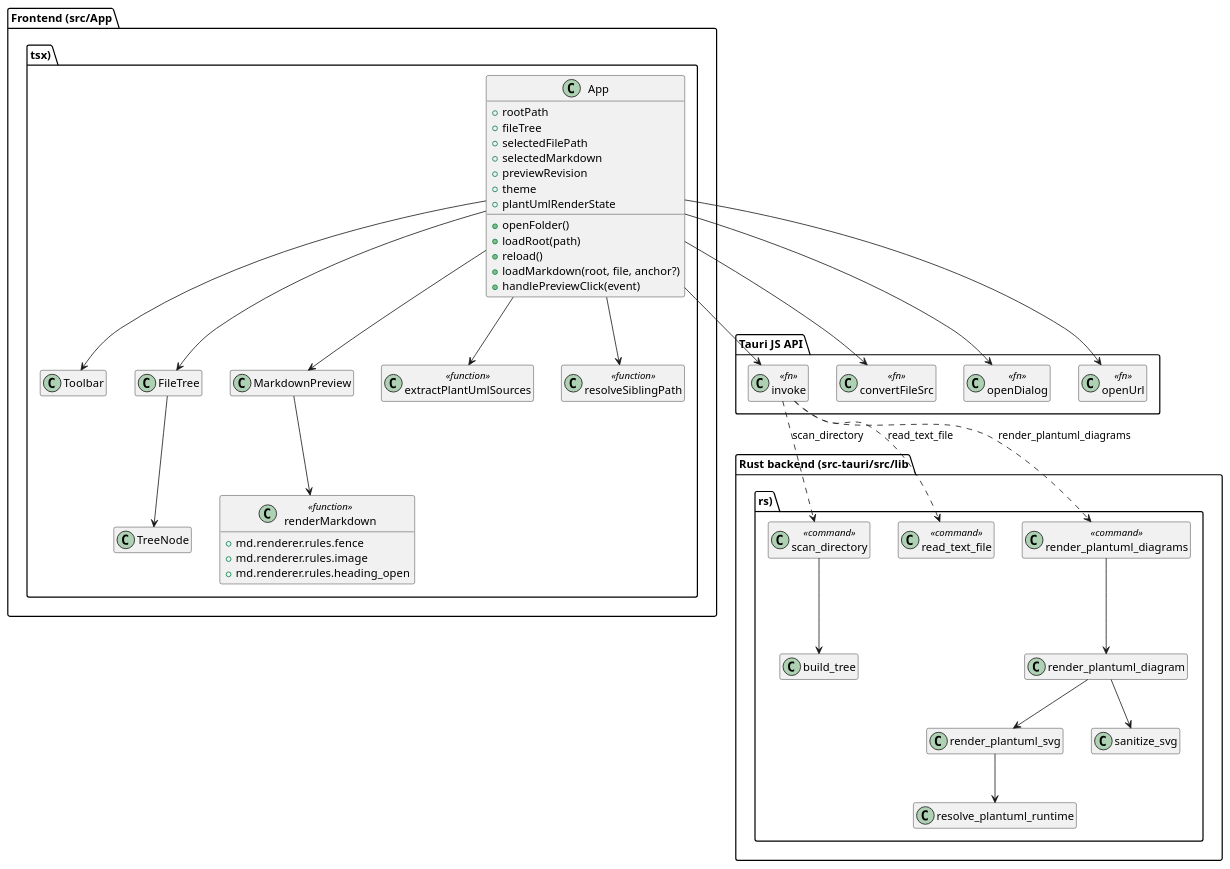
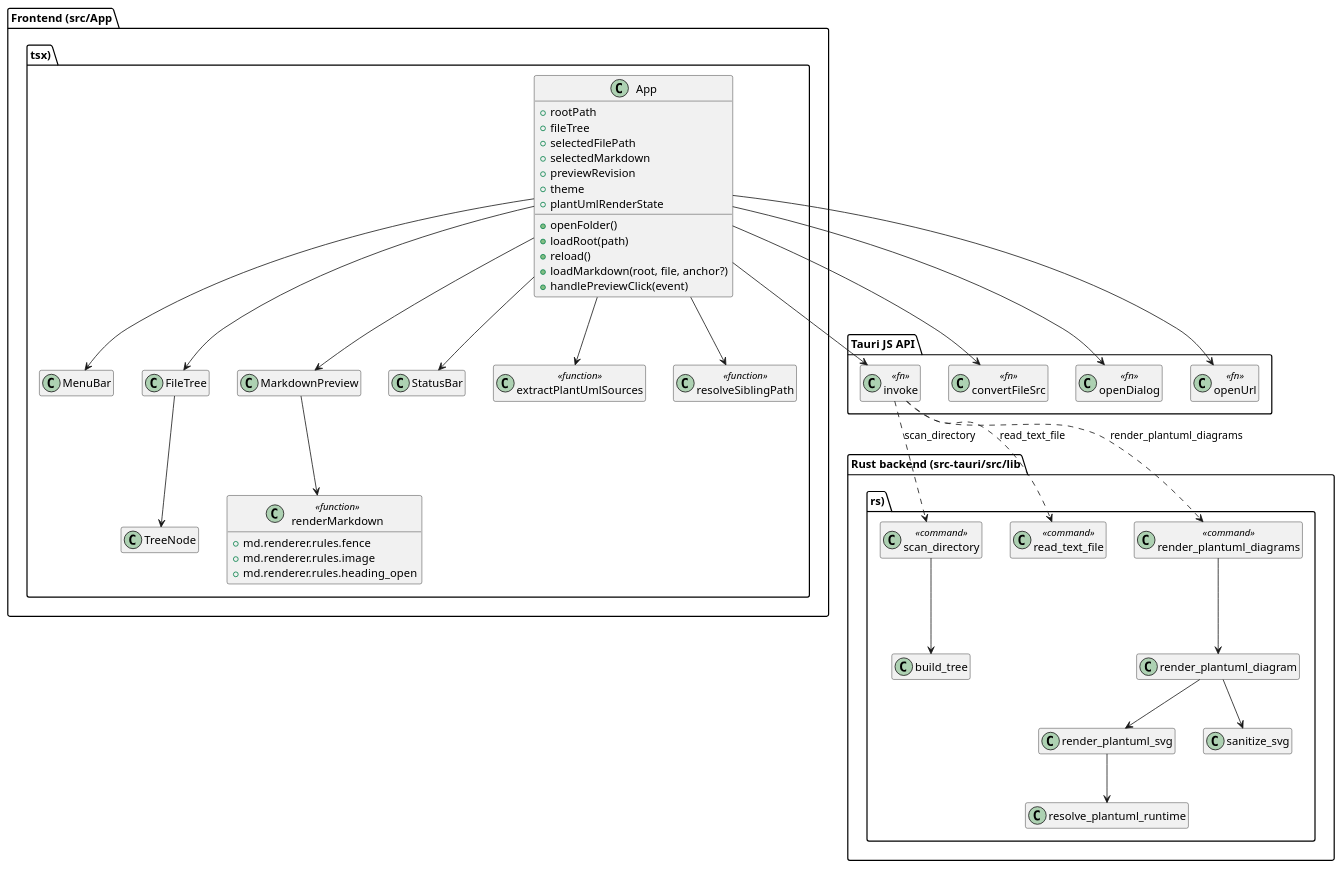
The first of 5 diagrams in docs/components/tauri_viewer/detail_design.md (an-embedded-engineer/MarkdownViewer), drawn with PlantUML before and after one commit. The commit also changed other lines of this file and 7 other files, not shown here.

Commit message:
feat: add Tauri menu bar and status bar

````diff
--- a/docs/components/tauri_viewer/detail_design.md
+++ b/docs/components/tauri_viewer/detail_design.md
@@ -25,72 +25,74 @@
 ```plantuml
 @startuml
 skinparam shadowing false
 hide empty members
 
 package "Frontend (src/App.tsx)" {
   class App {
     +rootPath
     +fileTree
     +selectedFilePath
     +selectedMarkdown
     +previewRevision
     +theme
     +plantUmlRenderState
     +openFolder()
     +loadRoot(path)
     +reload()
     +loadMarkdown(root, file, anchor?)
     +handlePreviewClick(event)
   }
-  class Toolbar
+  class MenuBar
   class FileTree
   class TreeNode
   class MarkdownPreview
+  class StatusBar
   class renderMarkdown <<function>> {
     +md.renderer.rules.fence
     +md.renderer.rules.image
     +md.renderer.rules.heading_open
   }
   class extractPlantUmlSources <<function>>
   class resolveSiblingPath <<function>>
 }
 
 package "Tauri JS API" {
   class invoke <<fn>>
   class convertFileSrc <<fn>>
   class openDialog <<fn>>
   class openUrl <<fn>>
 }
 
 package "Rust backend (src-tauri/src/lib.rs)" {
   class "scan_directory" as Scan <<command>>
   class "read_text_file" as Read <<command>>
   class "render_plantuml_diagrams" as Render <<command>>
   class build_tree
   class render_plantuml_diagram
   class render_plantuml_svg
   class resolve_plantuml_runtime
   class sanitize_svg
 }
 
-App --> Toolbar
+App --> MenuBar
 App --> FileTree
 FileTree --> TreeNode
 App --> MarkdownPreview
+App --> StatusBar
 MarkdownPreview --> renderMarkdown
 App --> extractPlantUmlSources
 App --> resolveSiblingPath
 App --> invoke
 App --> convertFileSrc
 App --> openDialog
 App --> openUrl
 invoke ..> Scan : "scan_directory"
 invoke ..> Read : "read_text_file"
 invoke ..> Render : "render_plantuml_diagrams"
 Scan --> build_tree
 Render --> render_plantuml_diagram
 render_plantuml_diagram --> render_plantuml_svg
 render_plantuml_svg --> resolve_plantuml_runtime
 render_plantuml_diagram --> sanitize_svg
 @enduml
 ```
````
